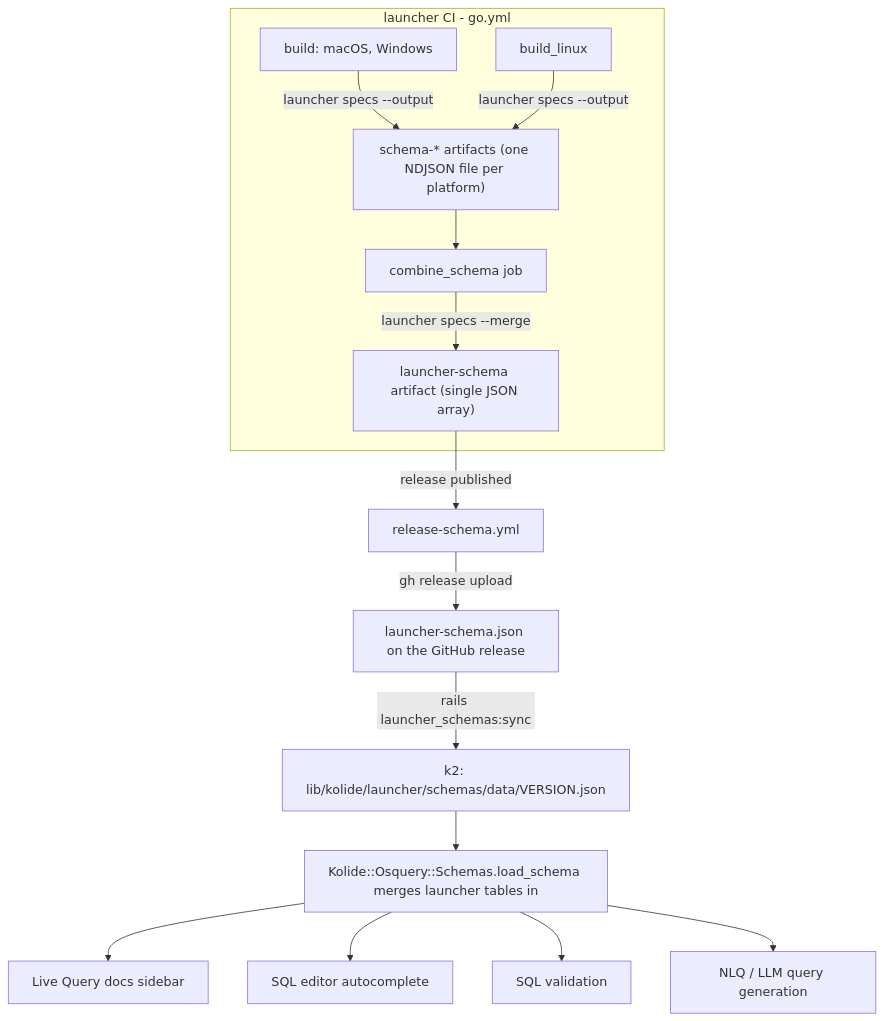
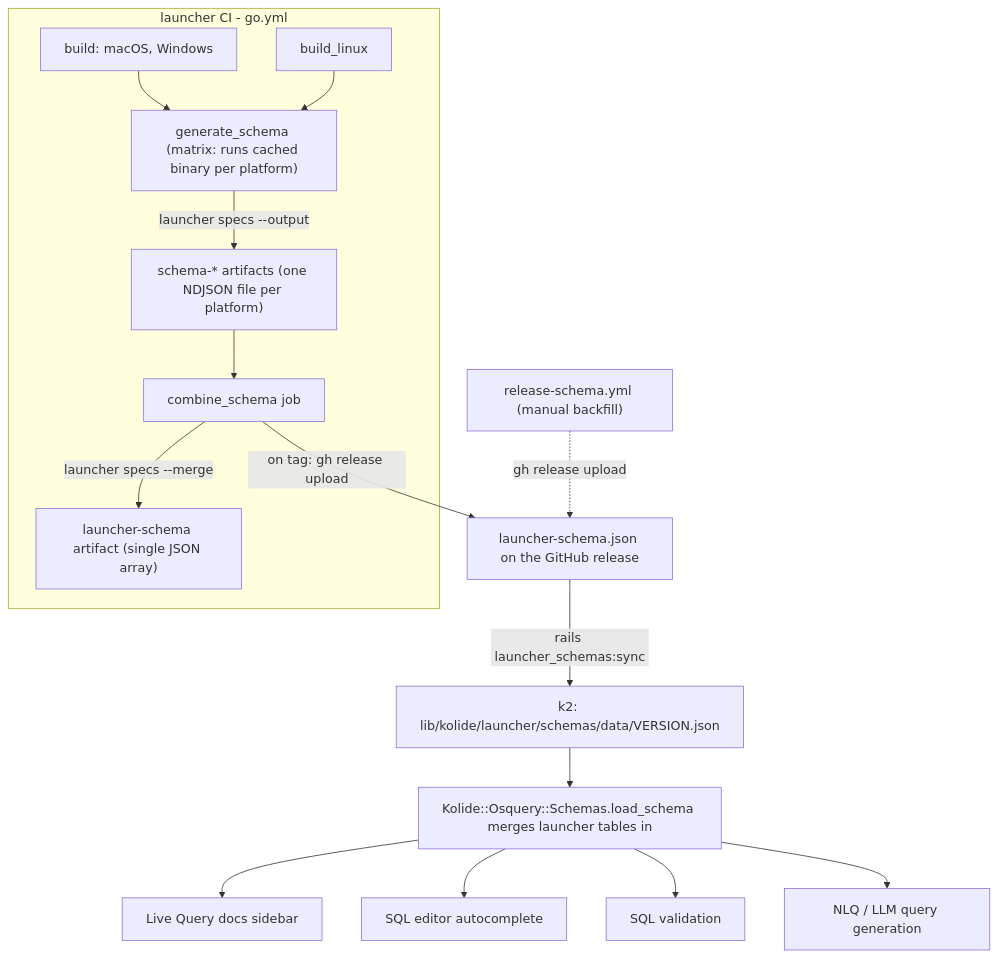
Before and after one commit to kolide/launcher: the diagram in docs/architecture/table_schema_publishing.md, drawn with Mermaid. The commit also changed other lines of this file and 2 other files, not shown here.

````diff
--- a/docs/architecture/table_schema_publishing.md
+++ b/docs/architecture/table_schema_publishing.md
@@ -27,17 +27,18 @@
 ```mermaid
 flowchart TD
     subgraph ci [launcher CI - go.yml]
-        bd["build: macOS, Windows"] -->|"launcher specs --output"| sd["schema-* artifacts (one NDJSON file per platform)"]
-        bl["build_linux"] -->|"launcher specs --output"| sd
+        bd["build: macOS, Windows"] --> gs["generate_schema (matrix: runs cached binary per platform)"]
+        bl["build_linux"] --> gs
+        gs -->|"launcher specs --output"| sd["schema-* artifacts (one NDJSON file per platform)"]
         sd --> cj["combine_schema job"]
         cj -->|"launcher specs --merge"| lsj["launcher-schema artifact (single JSON array)"]
     end
-    lsj -->|"release published"| rw["release-schema.yml"]
-    rw -->|"gh release upload"| ghr["launcher-schema.json on the GitHub release"]
+    cj -->|"on tag: gh release upload"| ghr["launcher-schema.json on the GitHub release"]
+    rw["release-schema.yml (manual backfill)"] -.->|"gh release upload"| ghr
     ghr -->|"rails launcher_schemas:sync"| k2data["k2: lib/kolide/launcher/schemas/data/VERSION.json"]
     k2data --> merge["Kolide::Osquery::Schemas.load_schema merges launcher tables in"]
     merge --> docs["Live Query docs sidebar"]
     merge --> ac["SQL editor autocomplete"]
     merge --> val["SQL validation"]
     merge --> nlq["NLQ / LLM query generation"]
 ```
````
